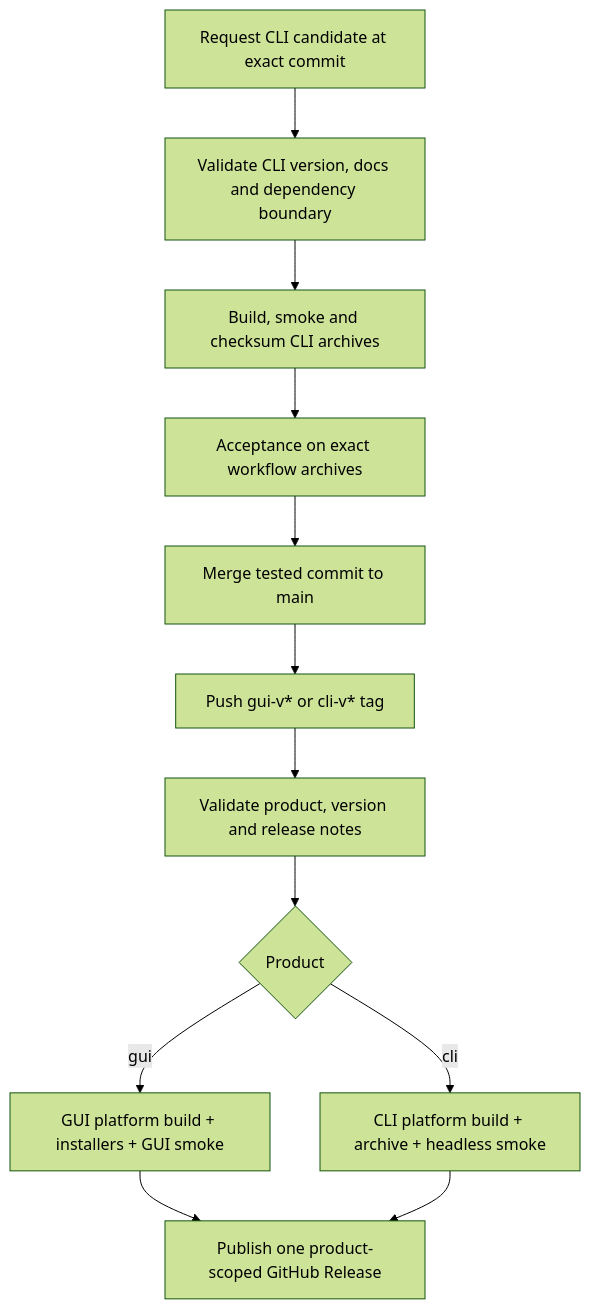
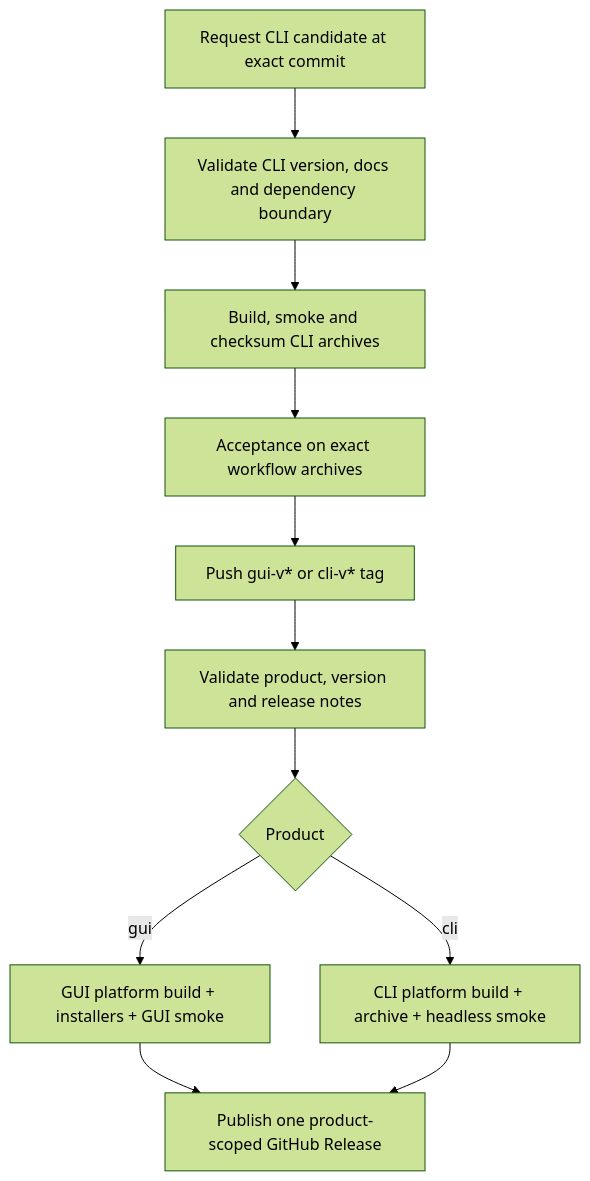
The diagram in docs/architecture/release-architecture.md (maelic13/colosseum), drawn with Mermaid (forest theme) before and after one commit. The commit also changed other lines of this file and 15 other files, not shown here.

````diff
--- a/docs/architecture/release-architecture.md
+++ b/docs/architecture/release-architecture.md
@@ -288,26 +287,24 @@
 ```mermaid
 flowchart TD
     CANDIDATE["Request CLI candidate at exact commit"]
     CMETA["Validate CLI version, docs and dependency boundary"]
     CBUILD["Build, smoke and checksum CLI archives"]
     ACCEPT["Acceptance on exact workflow archives"]
-    MERGE["Merge tested commit to main"]
     TAG["Push gui-v* or cli-v* tag"]
     META["Validate product, version and release notes"]
     ROUTE{"Product"}
     GUI["GUI platform build + installers + GUI smoke"]
     CLI["CLI platform build + archive + headless smoke"]
     RELEASE["Publish one product-scoped GitHub Release"]
 
     CANDIDATE --> CMETA
     CMETA --> CBUILD
     CBUILD --> ACCEPT
-    ACCEPT --> MERGE
-    MERGE --> TAG
+    ACCEPT --> TAG
     TAG --> META
     META --> ROUTE
     ROUTE -->|gui| GUI
     ROUTE -->|cli| CLI
     GUI --> RELEASE
     CLI --> RELEASE
 ```
````
